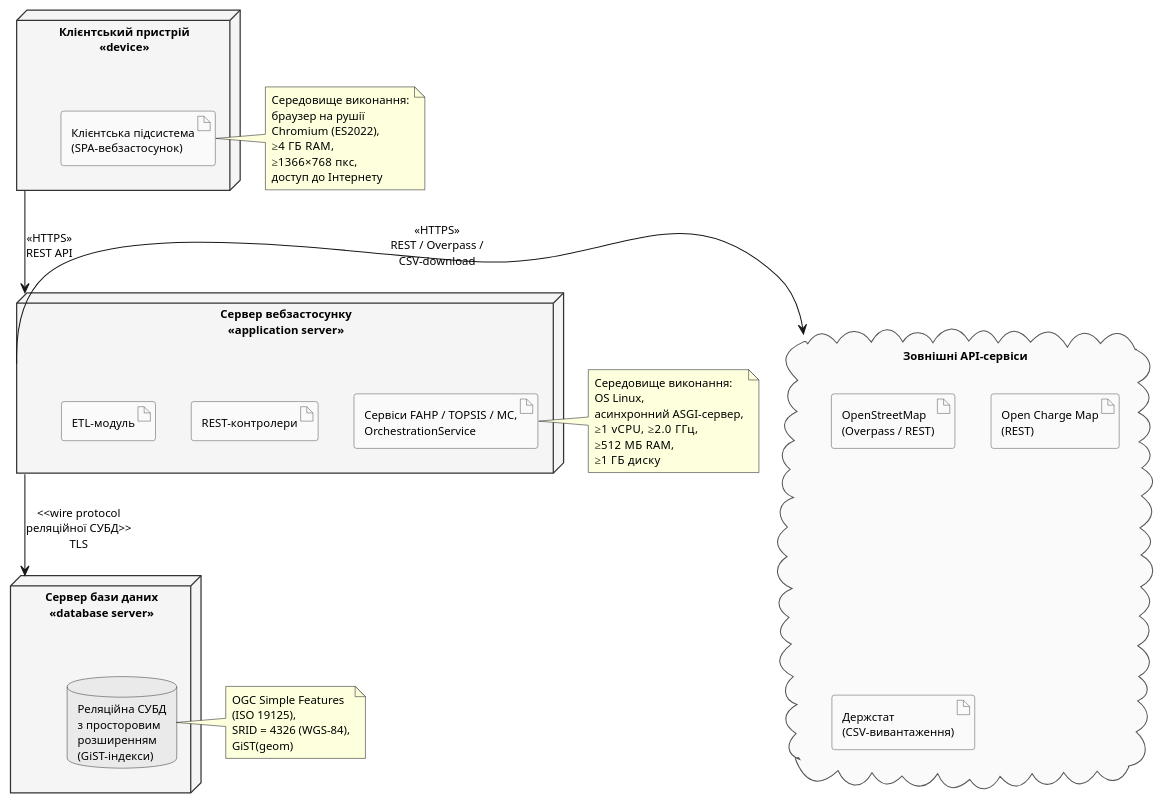
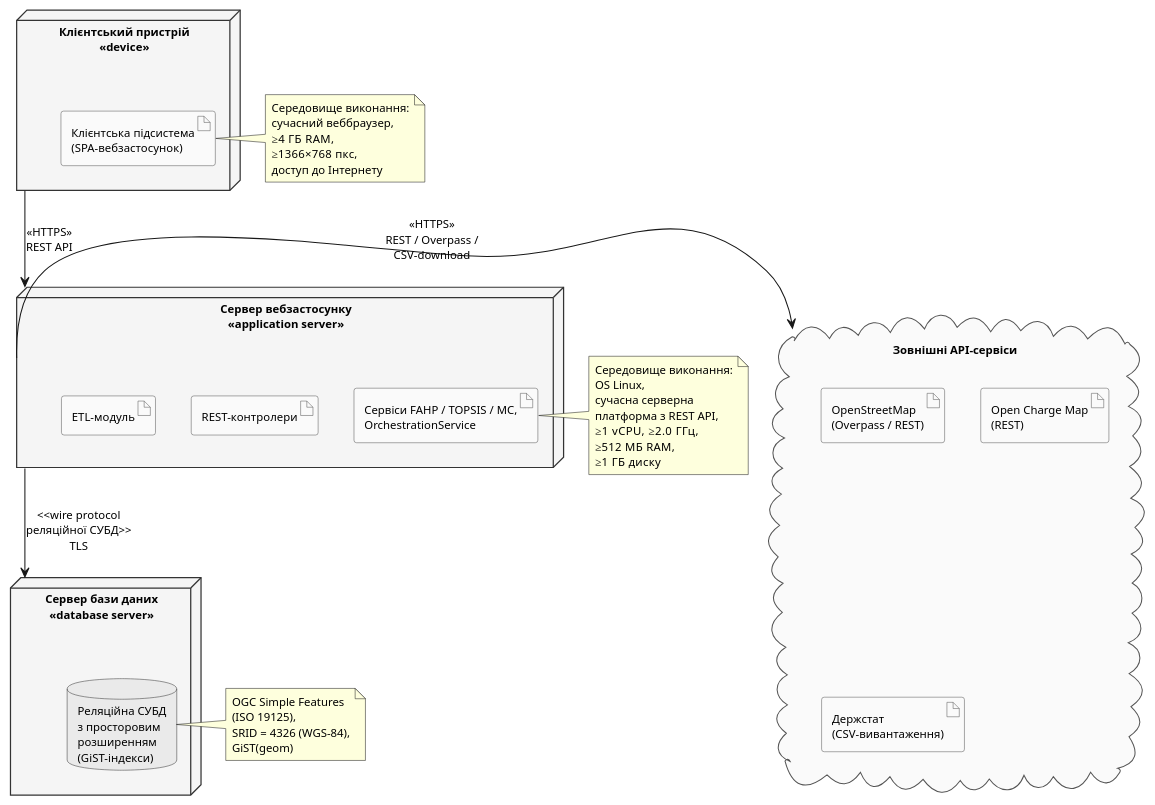
Before and after one commit to volodymyr-semenchenk0/ev-infrastructure-platform: the diagram in docs/chapter2/2_3_5.md, drawn with PlantUML. The commit also changed other lines of this file and 51 other files, not shown here.

````diff
--- a/docs/chapter2/2_3_5.md
+++ b/docs/chapter2/2_3_5.md
@@ -9,74 +9,74 @@
 ```plantuml
 @startuml
 skinparam shadowing false
 skinparam defaultFontName "Times New Roman"
 skinparam defaultFontSize 11
 skinparam node {
     BackgroundColor #f5f5f5
     BorderColor #333333
     BorderThickness 1.2
 }
 skinparam artifact {
     BackgroundColor #fafafa
     BorderColor #555555
 }
 skinparam cloud {
     BackgroundColor #fafafa
     BorderColor #555555
 }
 skinparam database {
     BackgroundColor #eaeaea
     BorderColor #333333
 }
 
 node "Клієнтський пристрій\n<<device>>" as Client {
     artifact "Клієнтська підсистема\n(SPA-вебзастосунок)" as ClientArt
 }
 
 node "Сервер вебзастосунку\n<<application server>>" as AppNode {
     artifact "REST-контролери" as AppCtrl
     artifact "Сервіси FAHP / TOPSIS / MC,\nOrchestrationService" as AppSvc
     artifact "ETL-модуль" as AppETL
 }
 
 node "Сервер бази даних\n<<database server>>" as DBNode {
     database "Реляційна СУБД\nз просторовим\nрозширенням\n(GiST-індекси)" as DBArt
 }
 
 cloud "Зовнішні API-сервіси" as Ext {
     artifact "OpenStreetMap\n(Overpass / REST)" as A_OSM
     artifact "Open Charge Map\n(REST)" as A_OCM
     artifact "Держстат\n(CSV-вивантаження)" as A_DSU
 }
 
 note right of ClientArt
     Середовище виконання:
-    браузер на рушії
-    Chromium (ES2022),
+    сучасний веббраузер,
     ≥4 ГБ RAM,
     ≥1366×768 пкс,
     доступ до Інтернету
 end note
 
 note right of AppSvc
     Середовище виконання:
     OS Linux,
-    асинхронний ASGI-сервер,
+    сучасна серверна
+    платформа з REST API,
     ≥1 vCPU, ≥2.0 ГГц,
     ≥512 МБ RAM,
     ≥1 ГБ диску
 end note
 
 note right of DBArt
     OGC Simple Features
     (ISO 19125),
     SRID = 4326 (WGS-84),
     GiST(geom)
 end note
 
 Client -down-> AppNode : <<HTTPS>>\nREST API
 AppNode -down-> DBNode : <<wire protocol\nреляційної СУБД>>\nTLS
 AppNode -right-> Ext : <<HTTPS>>\nREST / Overpass /\nCSV-download
 
 @enduml
 ```
````
